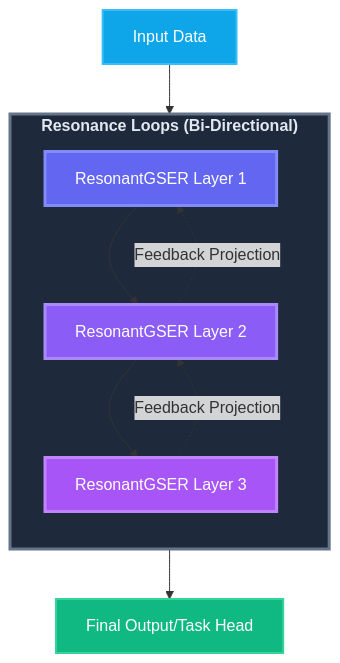
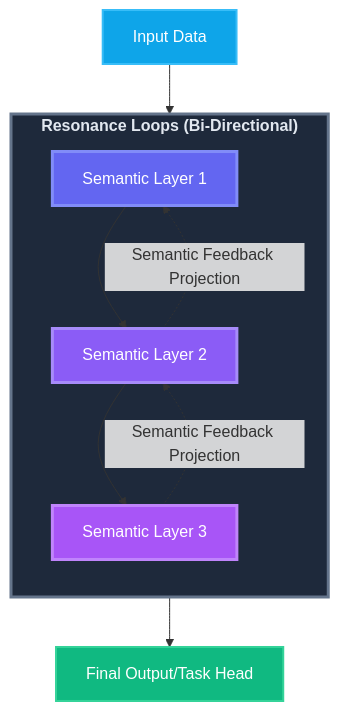
The first of 3 diagrams in docs/NEURAL_RESONANCE.md (gpbacay/gpbacay_arcane), drawn with Mermaid before and after one commit. The commit also changed other lines of this file and 4 other files, not shown here.

First line of the commit message:
feat: enhance semantic model documentation and architecture

````diff
--- a/docs/NEURAL_RESONANCE.md
+++ b/docs/NEURAL_RESONANCE.md
@@ -60,25 +61,25 @@
 ```mermaid
 graph TD
     Input["Input Data"] --> Loop
     
     subgraph Loop["<b>Resonance Loops (Bi-Directional)</b>"]
         direction TB
-        L1["ResonantGSER Layer 1"]
-        L2["ResonantGSER Layer 2"]
-        L3["ResonantGSER Layer 3"]
+        L1["Semantic Layer 1"]
+        L2["Semantic Layer 2"]
+        L3["Semantic Layer 3"]
         
         L1 --> L2
         L2 --> L3
-        L3 -.->|"Feedback Projection"| L2
-        L2 -.->|"Feedback Projection"| L1
+        L3 -.->|"Semantic Feedback Projection"| L2
+        L2 -.->|"Semantic Feedback Projection"| L1
     end
     
     Loop --> Output["Final Output/Task Head"]
     
     style L1 fill:#6366f1,stroke:#818cf8,stroke-width:3px,color:#fff
     style L2 fill:#8b5cf6,stroke:#a78bfa,stroke-width:3px,color:#fff
     style L3 fill:#a855f7,stroke:#c084fc,stroke-width:3px,color:#fff
     style Loop fill:#1e293b,stroke:#64748b,stroke-width:3px,color:#e2e8f0
     style Input fill:#0ea5e9,stroke:#38bdf8,stroke-width:2px,color:#fff
     style Output fill:#10b981,stroke:#34d399,stroke-width:2px,color:#fff
 ```
````
